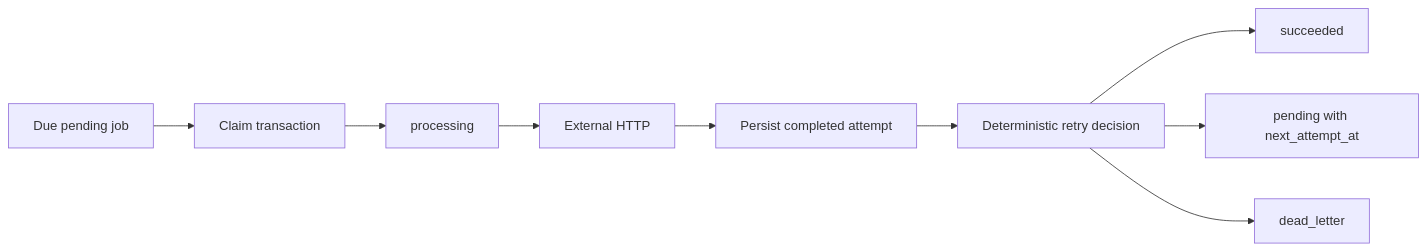
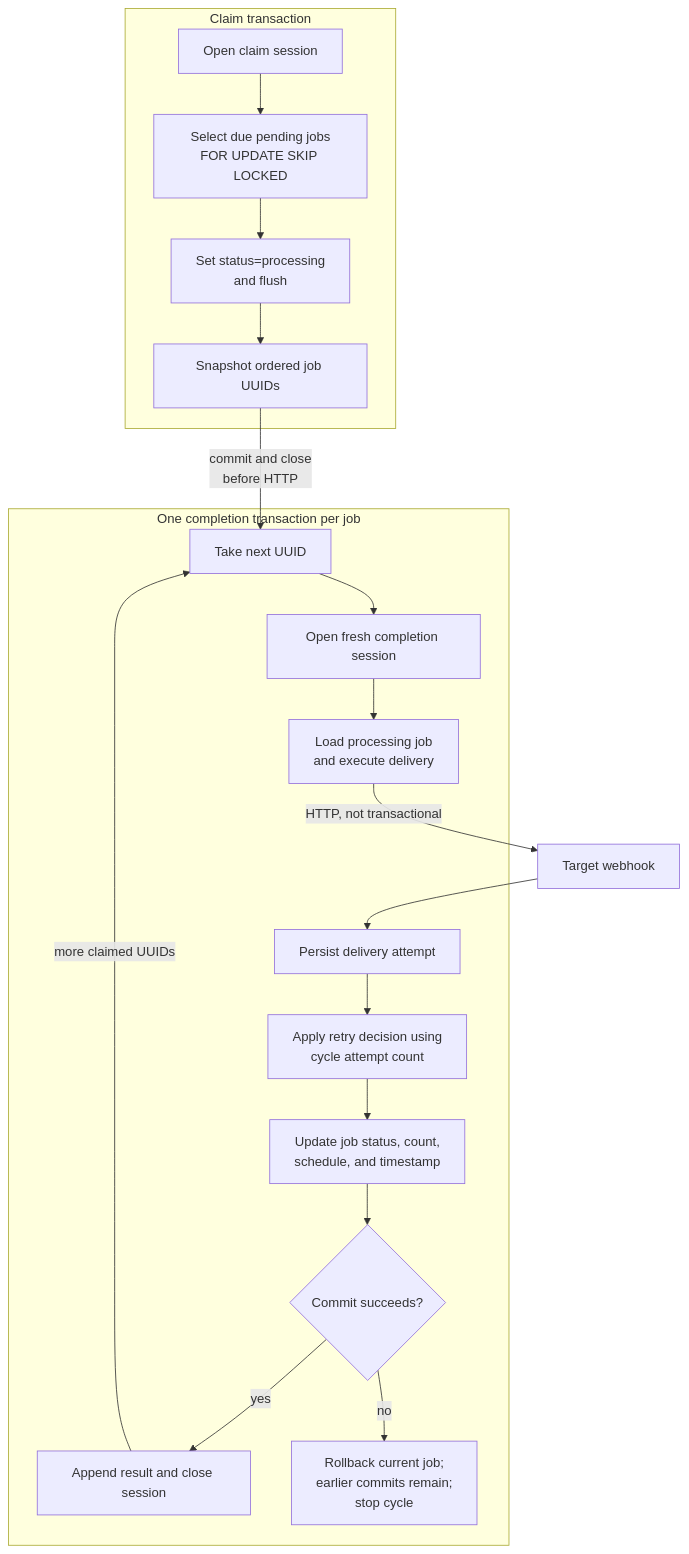
Before and after one commit to lukaszj321/reliable-webhook-service: the seventh of 11 diagrams in docs/architecture.md, drawn with Mermaid. The commit also changed other lines of this file, not shown here.

Commit message:
docs: expand architecture diagrams

````diff
--- a/docs/architecture.md
+++ b/docs/architecture.md
@@ -81,11 +268,25 @@
 ```mermaid
-flowchart LR
-    Due["Due pending job"] --> Claim["Claim transaction"]
-    Claim --> Processing["processing"]
-    Processing --> HTTP["External HTTP"]
-    HTTP --> Attempt["Persist completed attempt"]
-    Attempt --> Decision["Deterministic retry decision"]
-    Decision --> Succeeded["succeeded"]
-    Decision --> Pending["pending with next_attempt_at"]
-    Decision --> Dead["dead_letter"]
+flowchart TD
+    subgraph ClaimTx["Claim transaction"]
+        ClaimSession["Open claim session"] --> Query["Select due pending jobs<br/>FOR UPDATE SKIP LOCKED"]
+        Query --> Mark["Set status=processing<br/>and flush"]
+        Mark --> Snapshot["Snapshot ordered job UUIDs"]
+    end
+
+    Snapshot -->|"commit and close<br/>before HTTP"| Next["Take next UUID"]
+
+    subgraph CompletionTx["One completion transaction per job"]
+        Next --> CompletionSession["Open fresh completion session"]
+        CompletionSession --> Execute["Load processing job<br/>and execute delivery"]
+        Attempt["Persist delivery attempt"]
+        Attempt --> Decision["Apply retry decision using<br/>cycle attempt count"]
+        Decision --> JobState["Update job status, count,<br/>schedule, and timestamp"]
+        JobState --> Finish{"Commit succeeds?"}
+        Finish -->|"yes"| Durable["Append result and close session"]
+        Finish -->|"no"| Rollback["Rollback current job;<br/>earlier commits remain;<br/>stop cycle"]
+    end
+
+    Execute -->|"HTTP, not transactional"| Target["Target webhook"]
+    Target --> Attempt
+    Durable -->|"more claimed UUIDs"| Next
 ```
````
